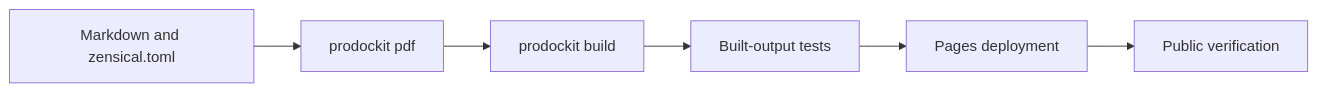
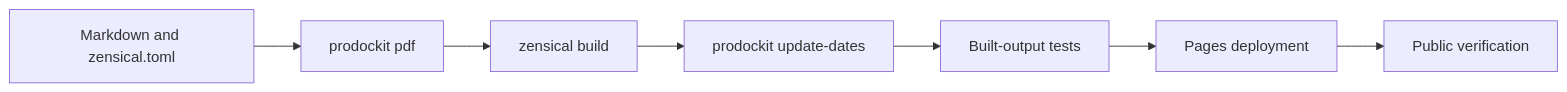
Before and after one commit to buckwem/prodockit-extensions: the diagram in docs/devcons/continuous-integration.md, drawn with Mermaid. The commit also changed other lines of this file and 12 other files, not shown here.

Commit message:
Make revision dates a composable post-build step

````diff
--- a/docs/devcons/continuous-integration.md
+++ b/docs/devcons/continuous-integration.md
@@ -122,8 +123,9 @@
 ```mermaid
 flowchart LR
     source[Markdown and zensical.toml] --> pdf[prodockit pdf]
-    pdf --> site[prodockit build]
-    site --> tests[Built-output tests]
+    pdf --> site[zensical build]
+    site --> dates[prodockit update-dates]
+    dates --> tests[Built-output tests]
     tests --> deploy[Pages deployment]
     deploy --> verify[Public verification]
 ```
````
